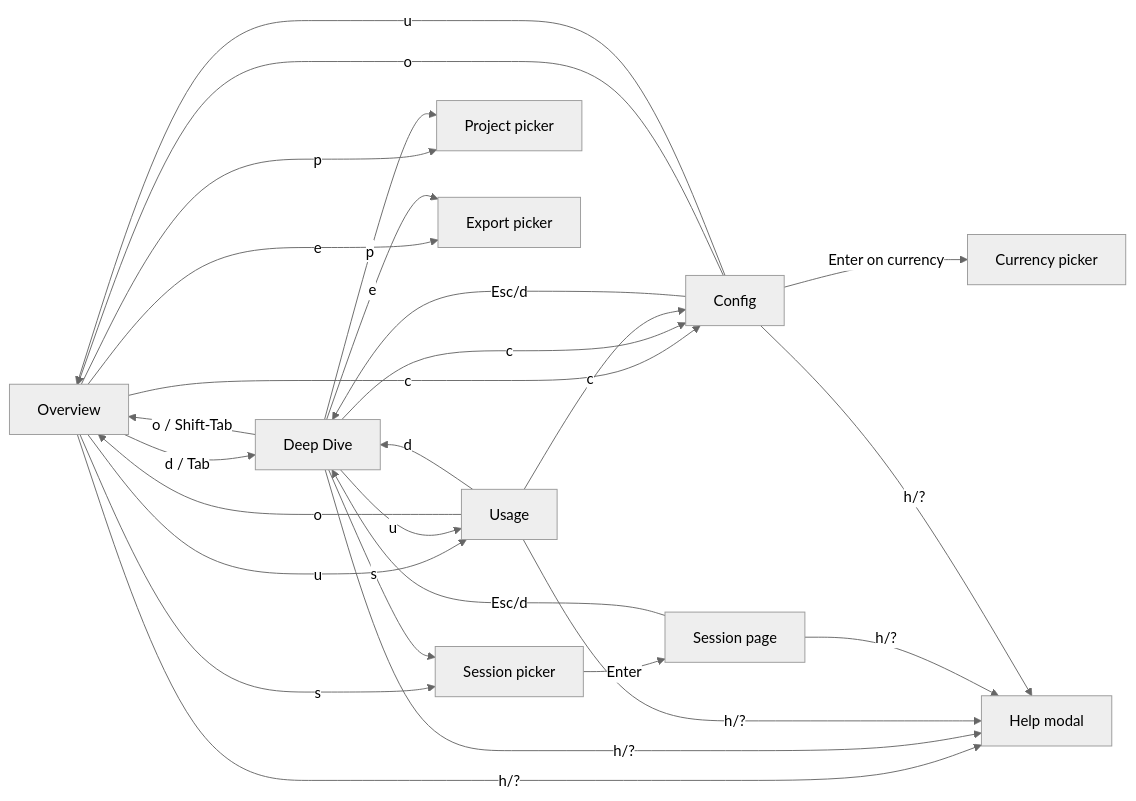
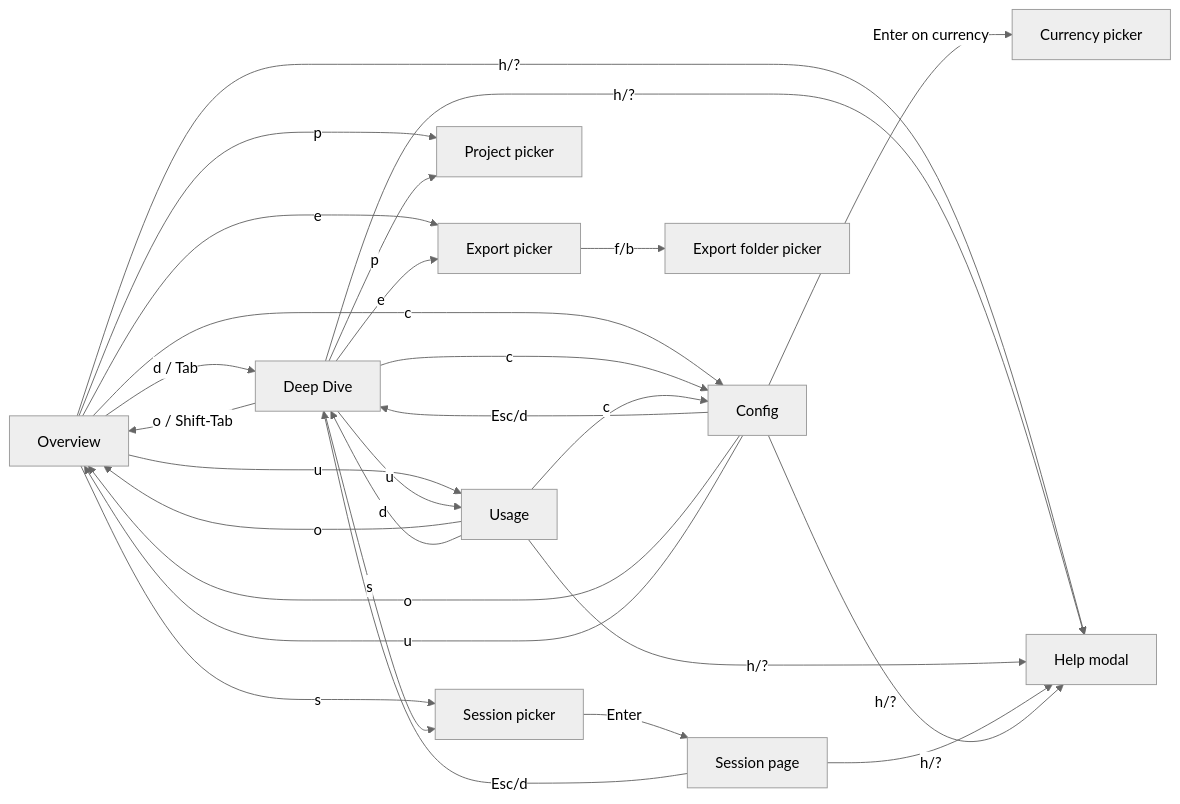
The third of 4 diagrams in docs/architecture.md (russmckendrick/tokenuse), drawn with Mermaid (neutral theme) before and after one commit. The commit also changed other lines of this file and 9 other files, not shown here.

First line of the commit message:
✨ feat(export): default exports to Downloads and add folder picker

````diff
--- a/docs/architecture.md
+++ b/docs/architecture.md
@@ -87,29 +87,30 @@
 ```mermaid
 flowchart LR
     O[Overview] -- d / Tab --> DD[Deep Dive]
     O -- u --> U[Usage]
     O -- c --> Cfg[Config]
     O -- s --> SP[Session picker]
     SP -- Enter --> Sess[Session page]
     DD -- o / Shift-Tab --> O
     DD -- u --> U
     DD -- s --> SP
     DD -- c --> Cfg
     U -- o --> O
     U -- d --> DD
     U -- c --> Cfg
     Cfg -- Esc/d --> DD
     Cfg -- o --> O
     Cfg -- u --> O
     Sess -- Esc/d --> DD
     O -- p --> Pick[Project picker]
     DD -- p --> Pick
     O -- e --> Exp[Export picker]
     DD -- e --> Exp
+    Exp -- f/b --> FPick[Export folder picker]
     Cfg -- Enter on currency --> Curr[Currency picker]
     O -- h/? --> Help[Help modal]
     DD -- h/? --> Help
     U -- h/? --> Help
     Sess -- h/? --> Help
     Cfg -- h/? --> Help
 ```
````
